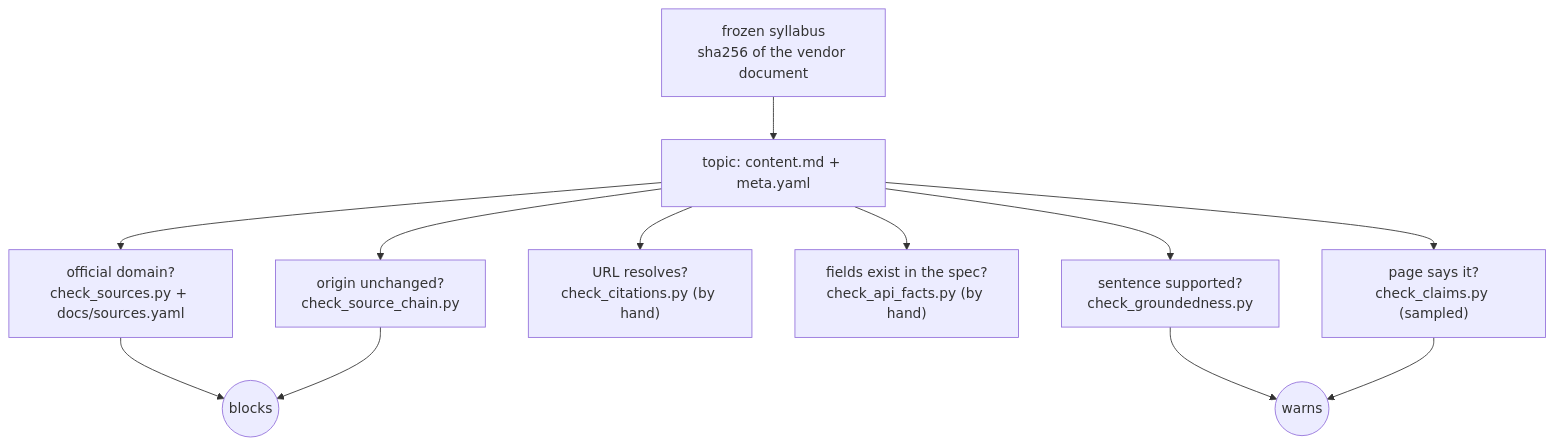
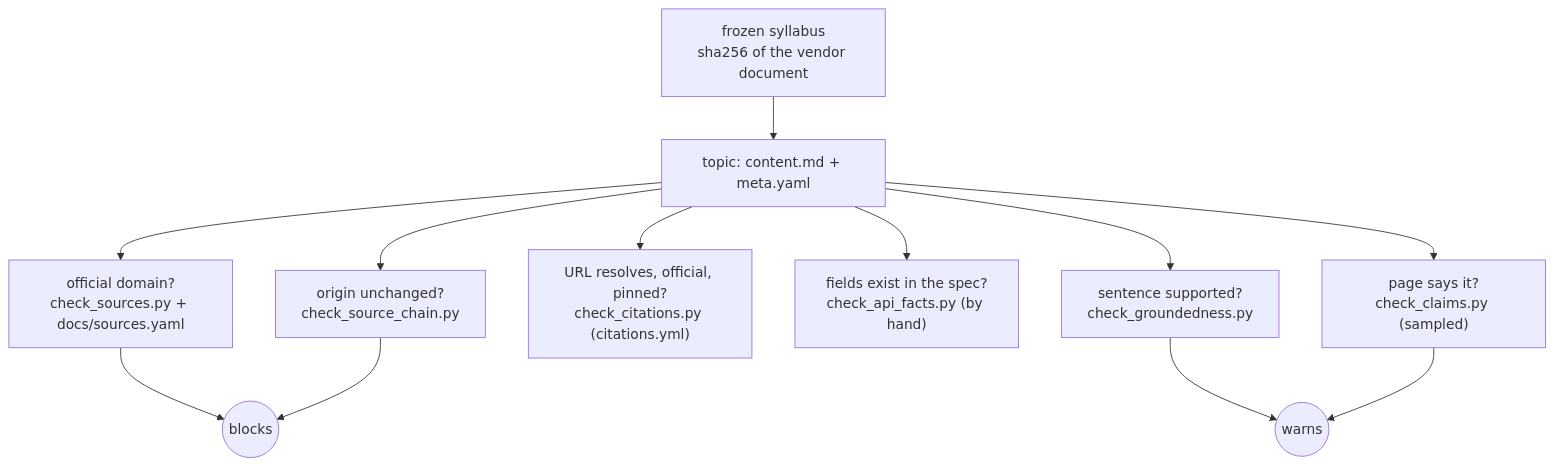
Before and after one commit to villadalmine/study-cybercirujas: the second of 4 diagrams in docs/GUARDRAILS.md, drawn with Mermaid. The commit also changed other lines of this file and 13 other files, not shown here.

````diff
--- a/docs/GUARDRAILS.md
+++ b/docs/GUARDRAILS.md
@@ -39,14 +39,14 @@
 ```mermaid
 flowchart TD
     S["frozen syllabus<br/>sha256 of the vendor document"] --> TOP["topic: content.md + meta.yaml"]
     TOP --> SRC["official domain?<br/>check_sources.py + docs/sources.yaml"]
     TOP --> CHAIN["origin unchanged?<br/>check_source_chain.py"]
-    TOP --> URL["URL resolves?<br/>check_citations.py (by hand)"]
+    TOP --> URL["URL resolves, official, pinned?<br/>check_citations.py (citations.yml)"]
     TOP --> API["fields exist in the spec?<br/>check_api_facts.py (by hand)"]
     TOP --> CL["page says it?<br/>check_claims.py (sampled)"]
     TOP --> GR["sentence supported?<br/>check_groundedness.py"]
     SRC --> BL(("blocks"))
     CHAIN --> BL
     GR --> WA(("warns"))
     CL --> WA
 ```
````
